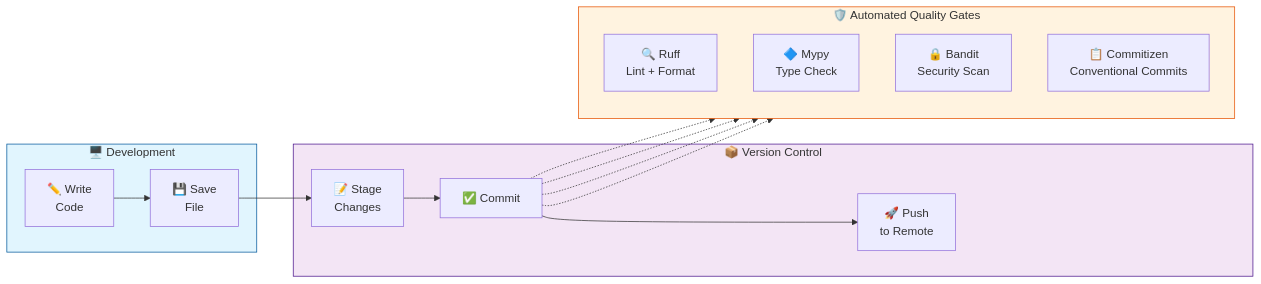
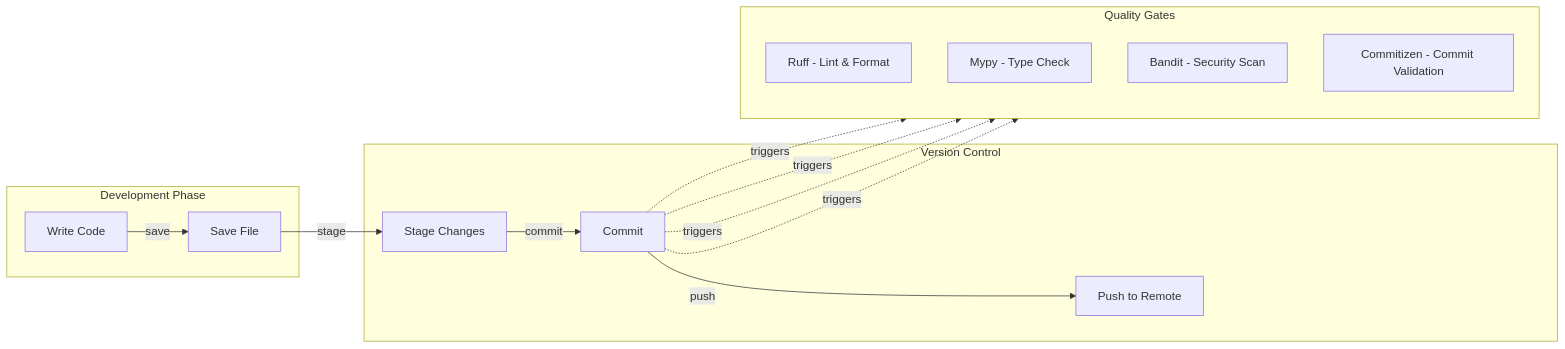
The first of 4 diagrams in README.md (asq-sheriff/cookiecutter-modern-python), drawn with Mermaid before and after one commit. The commit also changed other lines of this file, not shown here.

First line of the commit message:
docs: clean up Mermaid diagrams and fix badges

````diff
--- a/README.md
+++ b/README.md
@@ -39,24 +39,25 @@
 ```mermaid
 flowchart LR
-    subgraph DEV["🖥️ Development"]
-        A["✏️ Write<br/>Code"] --> B["💾 Save<br/>File"]
+    subgraph DEV["Development Phase"]
+        A[Write Code] -->|save| B[Save File]
     end
 
-    subgraph VCS["📦 Version Control"]
-        B --> C["📝 Stage<br/>Changes"]
-        C --> D["✅ Commit"]
-        D --> E["🚀 Push<br/>to Remote"]
+    subgraph VCS["Version Control"]
+        B -->|stage| C[Stage Changes]
+        C -->|commit| D[Commit]
+        D -->|push| E[Push to Remote]
     end
 
-    subgraph GATES["🛡️ Automated Quality Gates"]
+    subgraph GATES["Quality Gates"]
         direction TB
-        D -.-> G1["🔍 Ruff<br/>Lint + Format"]
-        D -.-> G2["🔷 Mypy<br/>Type Check"]
-        D -.-> G3["🔒 Bandit<br/>Security Scan"]
-        D -.-> G4["📋 Commitizen<br/>Conventional Commits"]
+        G1[Ruff - Lint & Format]
+        G2[Mypy - Type Check]
+        G3[Bandit - Security Scan]
+        G4[Commitizen - Commit Validation]
     end
 
-    style DEV fill:#e1f5fe,stroke:#01579b
-    style VCS fill:#f3e5f5,stroke:#4a148c
-    style GATES fill:#fff3e0,stroke:#e65100
+    D -.->|triggers| G1
+    D -.->|triggers| G2
+    D -.->|triggers| G3
+    D -.->|triggers| G4
 ```
````
